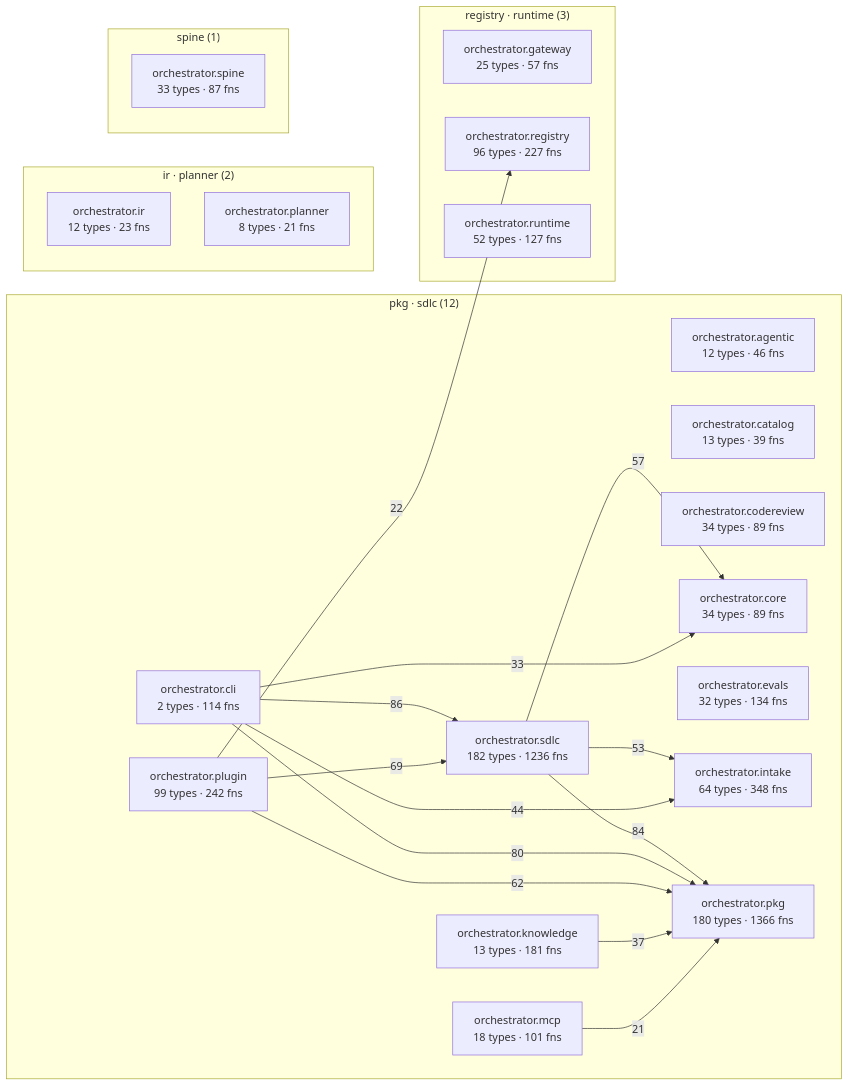
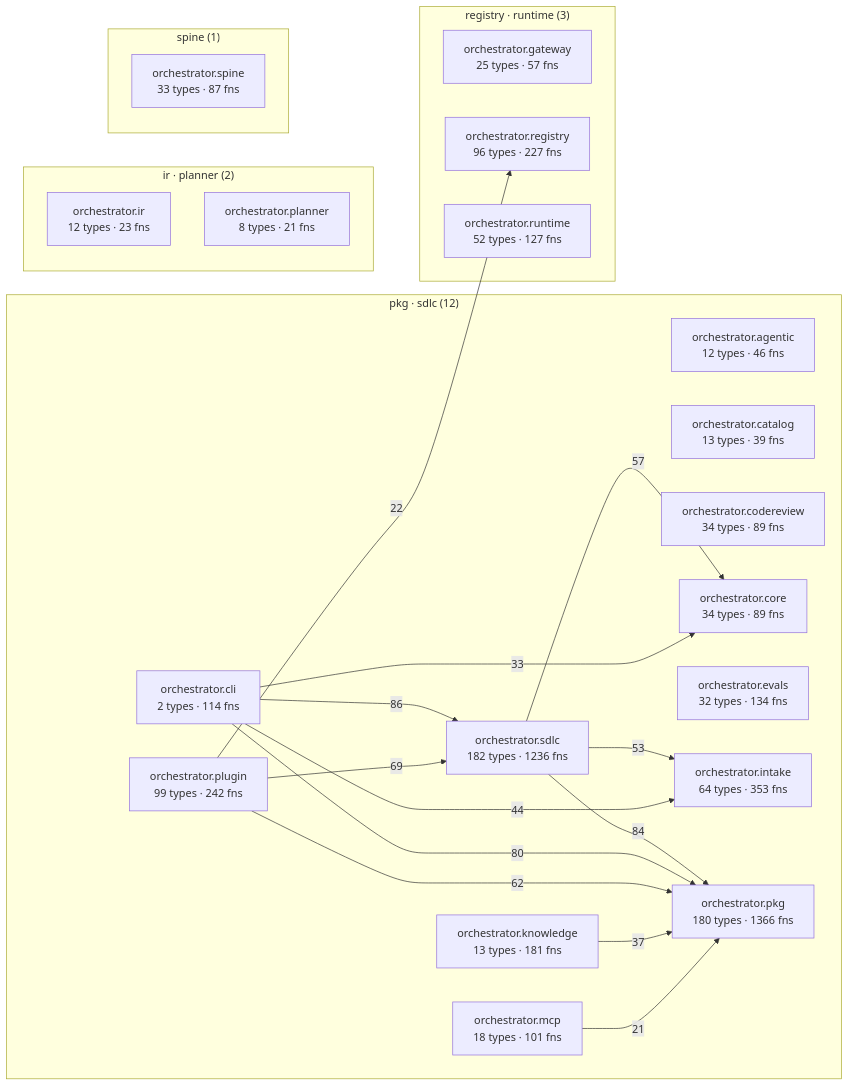
One commit to synaptixs/spine changed the diagram in episteme/architecture.md. Above: the diagram before and after it, drawn with Mermaid. The commit also changed other lines of this file and 9 other files, not shown here.

````diff
--- a/episteme/architecture.md
+++ b/episteme/architecture.md
@@ -56,41 +56,41 @@
 ```mermaid
 flowchart LR
   subgraph c_2["pkg · sdlc (12)"]
     aorchestratoragentic["orchestrator.agentic<br/>12 types · 46 fns"]
     aorchestratorcatalog["orchestrator.catalog<br/>13 types · 39 fns"]
     aorchestratorcli["orchestrator.cli<br/>2 types · 114 fns"]
     aorchestratorcodereview["orchestrator.codereview<br/>34 types · 89 fns"]
     aorchestratorcore["orchestrator.core<br/>34 types · 89 fns"]
     aorchestratorevals["orchestrator.evals<br/>32 types · 134 fns"]
-    aorchestratorintake["orchestrator.intake<br/>64 types · 348 fns"]
+    aorchestratorintake["orchestrator.intake<br/>64 types · 353 fns"]
     aorchestratorknowledge["orchestrator.knowledge<br/>13 types · 181 fns"]
     aorchestratormcp["orchestrator.mcp<br/>18 types · 101 fns"]
     aorchestratorpkg["orchestrator.pkg<br/>180 types · 1366 fns"]
     aorchestratorplugin["orchestrator.plugin<br/>99 types · 242 fns"]
     aorchestratorsdlc["orchestrator.sdlc<br/>182 types · 1236 fns"]
   end
   subgraph c_5["registry · runtime (3)"]
     aorchestratorgateway["orchestrator.gateway<br/>25 types · 57 fns"]
     aorchestratorregistry["orchestrator.registry<br/>96 types · 227 fns"]
     aorchestratorruntime["orchestrator.runtime<br/>52 types · 127 fns"]
   end
   subgraph c_7["ir · planner (2)"]
     aorchestratorir["orchestrator.ir<br/>12 types · 23 fns"]
     aorchestratorplanner["orchestrator.planner<br/>8 types · 21 fns"]
   end
   subgraph c_12["spine (1)"]
     aorchestratorspine["orchestrator.spine<br/>33 types · 87 fns"]
   end
   aorchestratorcli -->|86| aorchestratorsdlc
   aorchestratorsdlc -->|84| aorchestratorpkg
   aorchestratorcli -->|80| aorchestratorpkg
   aorchestratorplugin -->|69| aorchestratorsdlc
   aorchestratorplugin -->|62| aorchestratorpkg
   aorchestratorsdlc -->|57| aorchestratorcore
   aorchestratorsdlc -->|53| aorchestratorintake
   aorchestratorcli -->|44| aorchestratorintake
   aorchestratorknowledge -->|37| aorchestratorpkg
   aorchestratorcli -->|33| aorchestratorcore
   aorchestratorplugin -->|22| aorchestratorregistry
   aorchestratormcp -->|21| aorchestratorpkg
 ```
````
